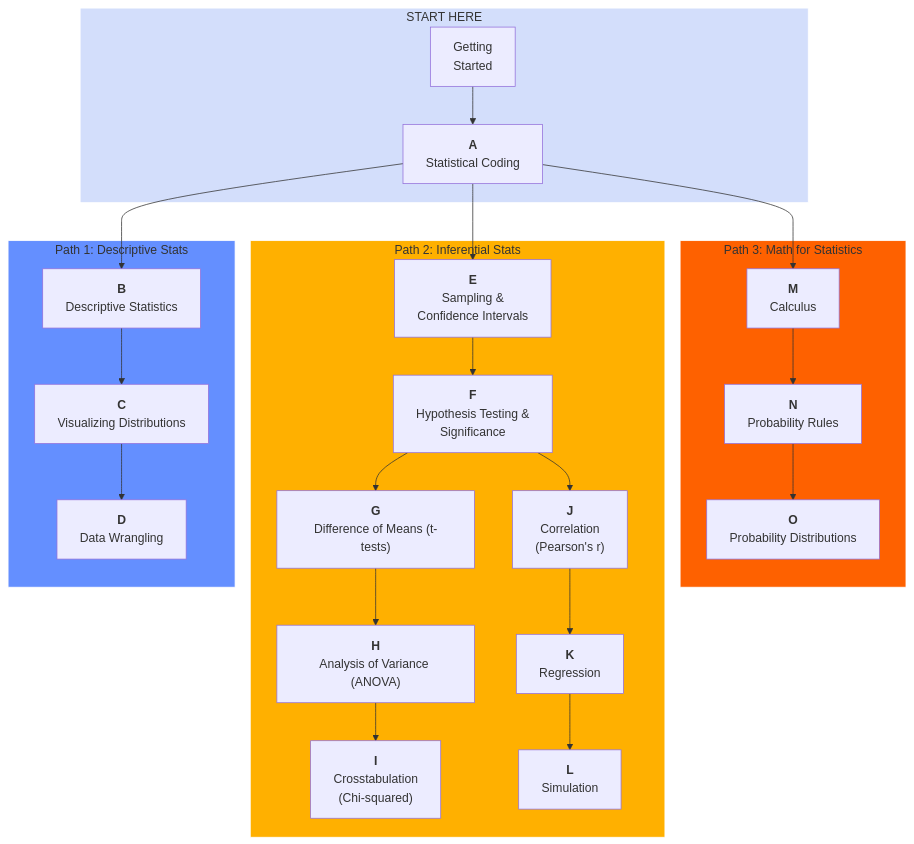
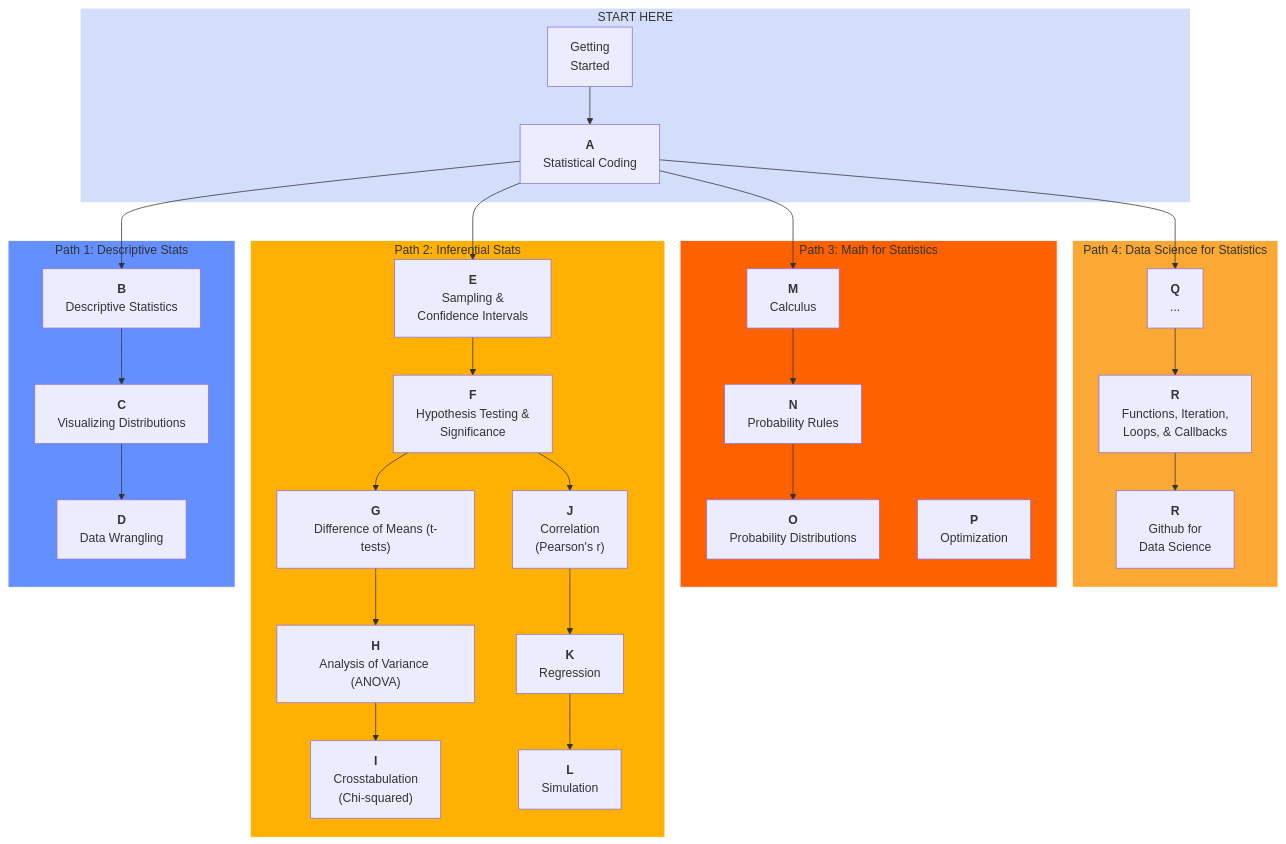
Before and after one commit to timothyfraser/stats_bootcamp: the diagram in README.md, drawn with Mermaid. The commit also changed 20 other files, not shown here.

````diff
--- a/README.md
+++ b/README.md
@@ -71,60 +71,68 @@
 ```mermaid
 flowchart TD
 
 
 subgraph p0["START HERE"]
     Z["Getting<br>Started"]
     A["<b>A</b><br>Statistical Coding"]
 end
 
+subgraph p4["Path 4: Data Science for Statistics"]
+    Q["<b>Q</b><br>..."]
+    R["<b>R</b><br>Functions, Iteration,<br>Loops, & Callbacks"]
+    S["<b>R</b><br>Github for<br>Data Science"]
+end
+
 subgraph p3["Path 3: Math for Statistics"]
     M["<b>M</b><br>Calculus"]
     N["<b>N</b><br>Probability Rules"]
     O["<b>O</b><br>Probability Distributions"]
-
+    P["<b>P</b><br>Optimization"]
 end
 
 subgraph p2["Path 2: Inferential Stats"]
     E["<b>E</b><br>Sampling &<br>Confidence Intervals"]
     F["<b>F</b><br>Hypothesis Testing &<br>Significance"]
     G["<b>G</b><br>Difference of Means (t-tests)"]
     H["<b>H</b><br>Analysis of Variance (ANOVA)"]
     I["<b>I</b><br>Crosstabulation<br>(Chi-squared)"]
     J["<b>J</b><br>Correlation<br>(Pearson's r)"]
     K["<b>K</b><br>Regression"]
     L["<b>L</b><br>Simulation"]
 end
 
 subgraph p1["Path 1: Descriptive Stats"]
     B["<b>B</b><br>Descriptive Statistics"]
     C["<b>C</b><br>Visualizing Distributions"]
     D["<b>D</b><br>Data Wrangling"]
 end
 
 
 
 Z --> A
 A --> B --> C --> D
 A --> E --> F --> G --> H --> I
 F --> J --> K --> L
 A --> M --> N --> O 
+A --> Q --> R --> S
 
 
 %%class Z,A path0;
 %%class B,C,D path1;
 %%class E,F,G,H,I,J,K,L path2;
 %%class M,N,O,P,Q,R path3;
 
 class p0 path0;
 class p1 path1;
 class p2 path2;
 class p3 path3;
+class p4 path4;
 
 classDef path0 fill:#D3DEFB,stroke:#FFFFFF;
 classDef path1 fill:#648FFF,stroke:#FFFFFF;
 classDef path2 fill:#FFB000,stroke:#FFFFFF;
 classDef path3 fill:#FE6100,stroke:#FFFFFF;
-
+classDef path4 fill:#fba835,stroke:#FFFFFF;
 
 
 ```
````
